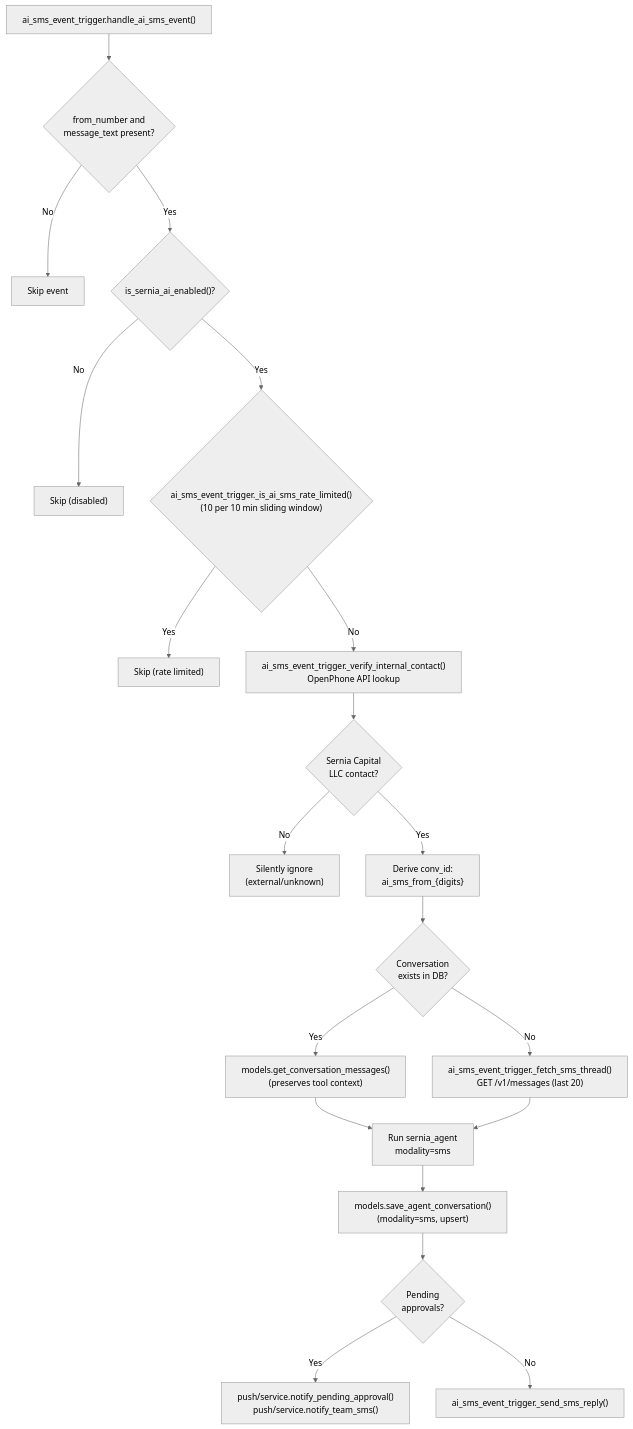
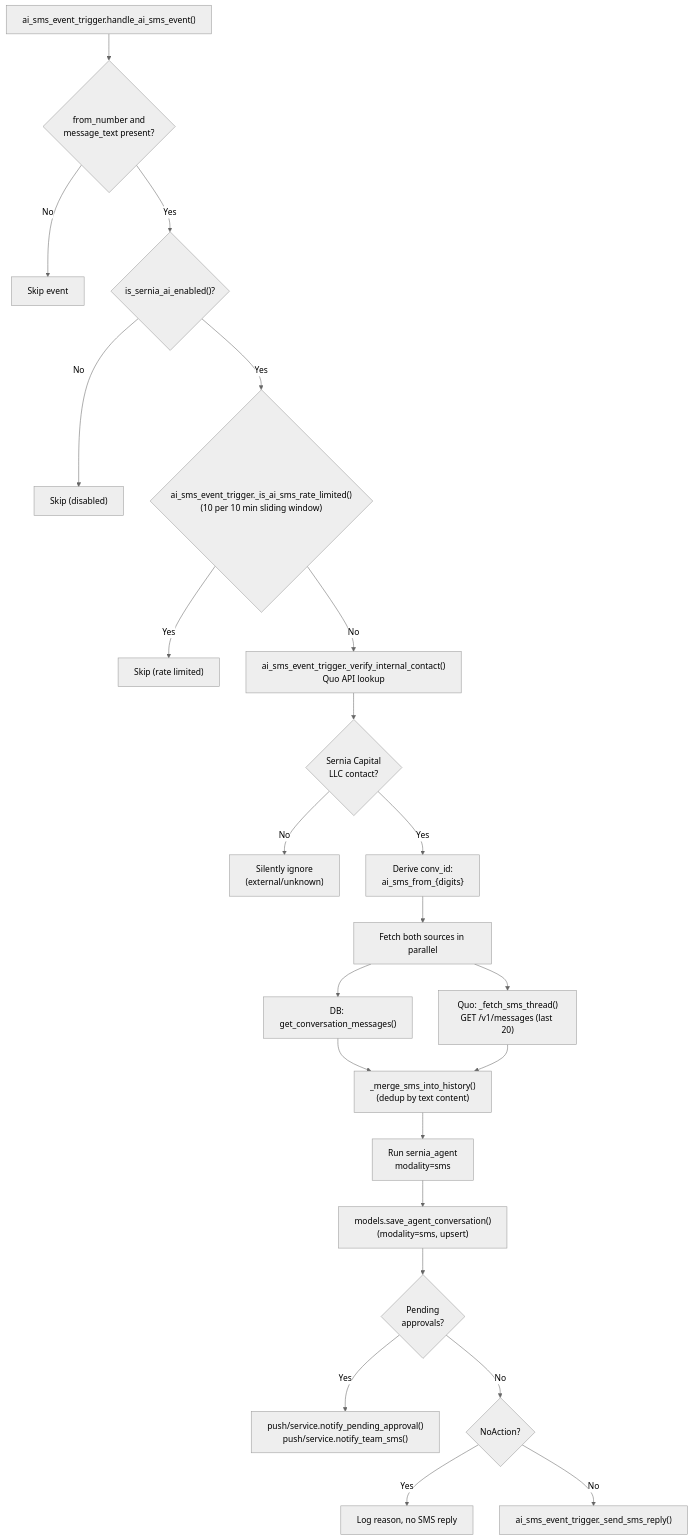
One commit to EmilioEsposito/portfolio changed the third of 4 diagrams in api/src/sernia_ai/triggers/README.md. Above: the diagram before and after it, drawn with Mermaid (neutral theme). The commit also changed other lines of this file and 8 other files, not shown here.

First line of the commit message:
Enhance SMS handling with context seeding and history merging

````diff
--- a/api/src/sernia_ai/triggers/README.md
+++ b/api/src/sernia_ai/triggers/README.md
@@ -62,26 +71,29 @@
 ```mermaid
 flowchart TD
     IN["ai_sms_event_trigger.handle_ai_sms_event()"] --> VALIDATE{"from_number and<br/>message_text present?"}
     VALIDATE -->|No| SKIP["Skip event"]
     VALIDATE -->|Yes| ENABLED{"is_sernia_ai_enabled()?"}
     ENABLED -->|No| SKIP2a["Skip (disabled)"]
     ENABLED -->|Yes| RATE{"ai_sms_event_trigger._is_ai_sms_rate_limited()<br/>(10 per 10 min sliding window)"}
     RATE -->|Yes| SKIP2["Skip (rate limited)"]
-    RATE -->|No| CONTACT["ai_sms_event_trigger._verify_internal_contact()<br/>OpenPhone API lookup"]
+    RATE -->|No| CONTACT["ai_sms_event_trigger._verify_internal_contact()<br/>Quo API lookup"]
 
     CONTACT --> GATE{"Sernia Capital<br/>LLC contact?"}
     GATE -->|No| IGNORE["Silently ignore<br/>(external/unknown)"]
     GATE -->|Yes| CONV_ID["Derive conv_id:<br/>ai_sms_from_{digits}"]
 
-    CONV_ID --> HISTORY{"Conversation<br/>exists in DB?"}
-    HISTORY -->|Yes| LOAD_DB["models.get_conversation_messages()<br/>(preserves tool context)"]
-    HISTORY -->|No| BOOTSTRAP["ai_sms_event_trigger._fetch_sms_thread()<br/>GET /v1/messages (last 20)"]
+    CONV_ID --> FETCH["Fetch both sources in parallel"]
+    FETCH --> DB["DB: get_conversation_messages()"]
+    FETCH --> QUO["Quo: _fetch_sms_thread()<br/>GET /v1/messages (last 20)"]
+    DB --> MERGE["_merge_sms_into_history()<br/>(dedup by text content)"]
+    QUO --> MERGE
 
-    LOAD_DB --> AGENT["Run sernia_agent<br/>modality=sms"]
-    BOOTSTRAP --> AGENT
+    MERGE --> AGENT["Run sernia_agent<br/>modality=sms"]
 
     AGENT --> SAVE["models.save_agent_conversation()<br/>(modality=sms, upsert)"]
     SAVE --> RESULT{"Pending<br/>approvals?"}
     RESULT -->|Yes| HITL["push/service.notify_pending_approval()<br/>push/service.notify_team_sms()"]
-    RESULT -->|No| REPLY["ai_sms_event_trigger._send_sms_reply()"]
+    RESULT -->|No| CHECK{"NoAction?"}
+    CHECK -->|Yes| LOG["Log reason, no SMS reply"]
+    CHECK -->|No| REPLY["ai_sms_event_trigger._send_sms_reply()"]
 ```
````
